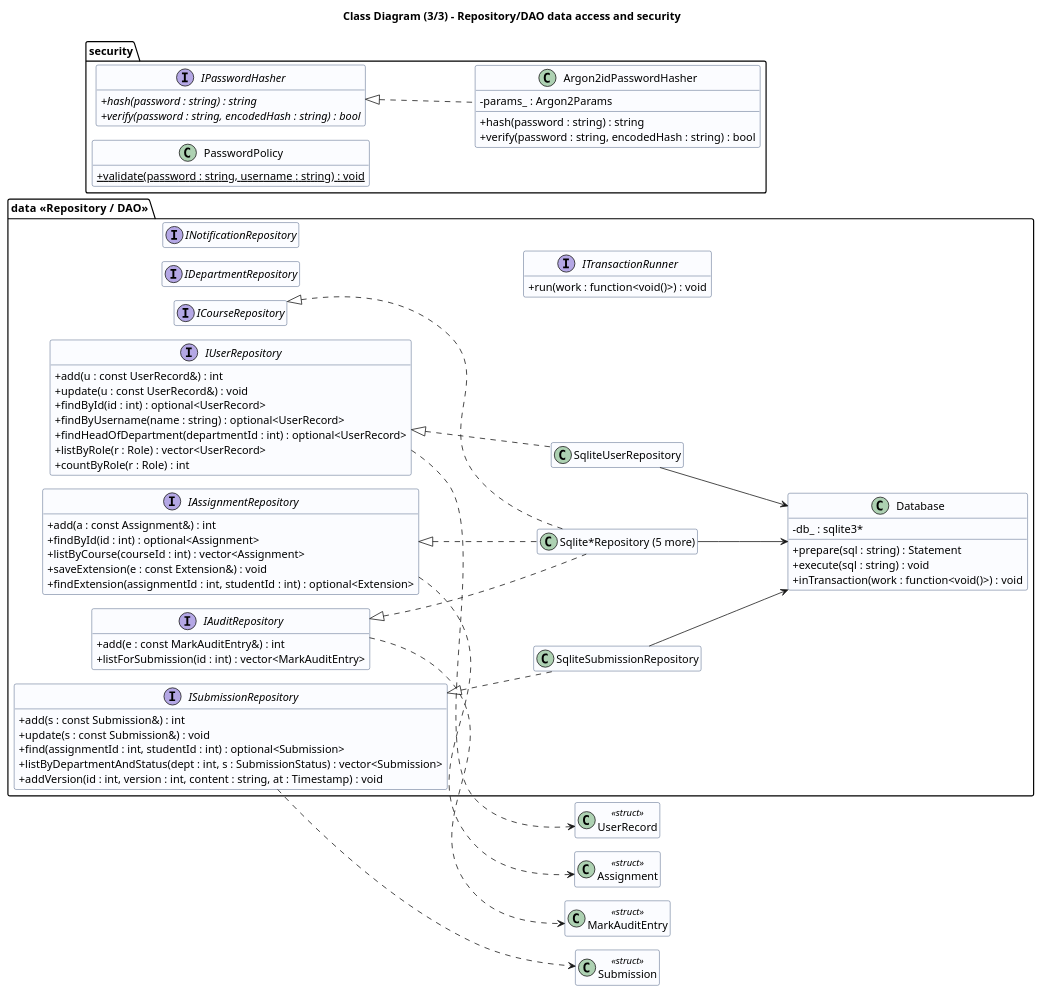
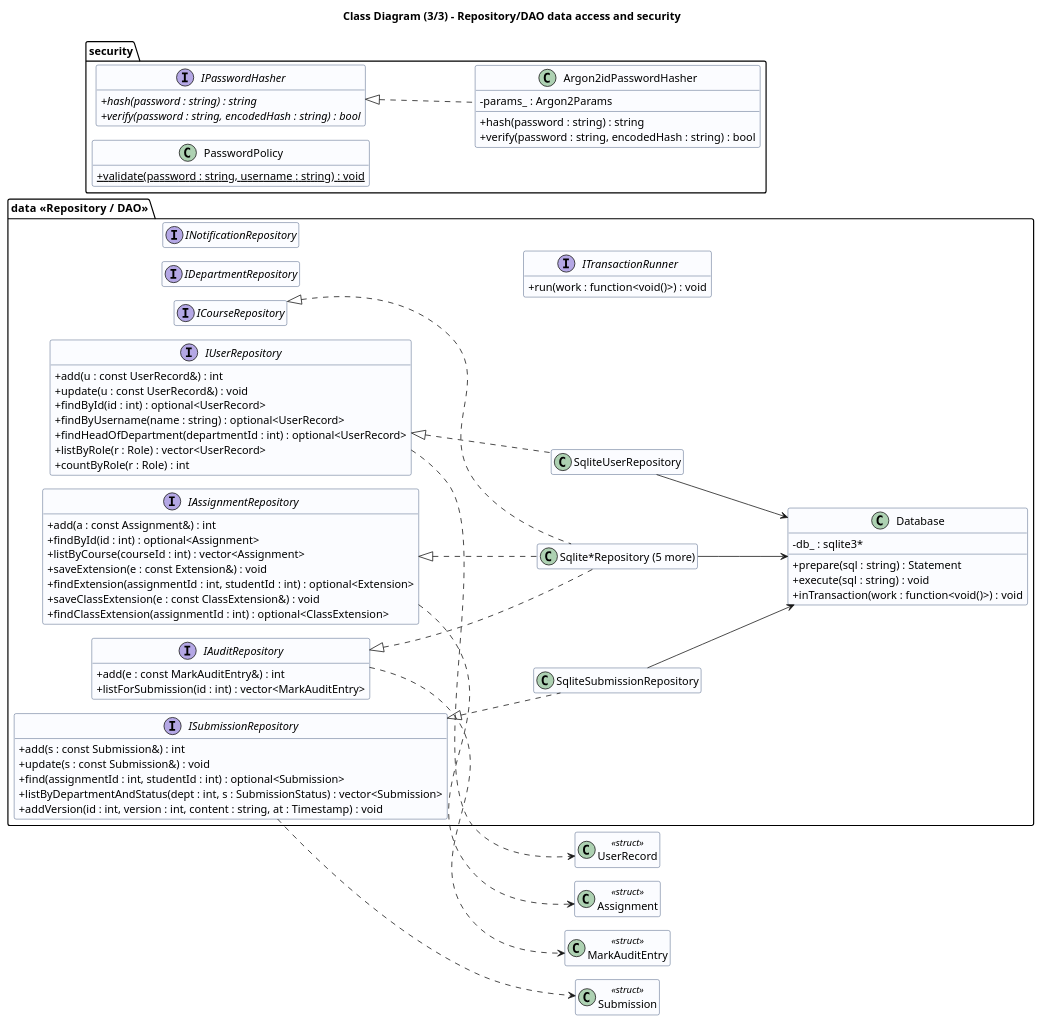
The diagram in docs/diagrams/class-data.puml (victormonyekem02-sudo/Edu-Management-System), drawn with PlantUML before and after one commit. The commit also changed 48 other files, not shown here.

```diff
--- a/docs/diagrams/class-data.puml
+++ b/docs/diagrams/class-data.puml
@@ -1,89 +1,91 @@
 @startuml class-data
 !pragma layout smetana
 title Class Diagram (3/3) - Repository/DAO data access and security
 skinparam classAttributeIconSize 0
 skinparam class {
   BackgroundColor #FBFCFF
   BorderColor #1F3864
 }
 left to right direction
 hide empty members
 
 class UserRecord <<struct>>
 class Submission <<struct>>
 class Assignment <<struct>>
 class MarkAuditEntry <<struct>>
 package "security" {
   interface IPasswordHasher {
     + {abstract} hash(password : string) : string
     + {abstract} verify(password : string, encodedHash : string) : bool
   }
   class Argon2idPasswordHasher {
     - params_ : Argon2Params
     + hash(password : string) : string
     + verify(password : string, encodedHash : string) : bool
   }
   class PasswordPolicy {
     + {static} validate(password : string, username : string) : void
   }
   IPasswordHasher <|.. Argon2idPasswordHasher
 }
 
 package "data  <<Repository / DAO>>" {
   interface IUserRepository {
     + add(u : const UserRecord&) : int
     + update(u : const UserRecord&) : void
     + findById(id : int) : optional<UserRecord>
     + findByUsername(name : string) : optional<UserRecord>
     + findHeadOfDepartment(departmentId : int) : optional<UserRecord>
     + listByRole(r : Role) : vector<UserRecord>
     + countByRole(r : Role) : int
   }
   interface ICourseRepository
   interface IAssignmentRepository {
     + add(a : const Assignment&) : int
     + findById(id : int) : optional<Assignment>
     + listByCourse(courseId : int) : vector<Assignment>
     + saveExtension(e : const Extension&) : void
     + findExtension(assignmentId : int, studentId : int) : optional<Extension>
+    + saveClassExtension(e : const ClassExtension&) : void
+    + findClassExtension(assignmentId : int) : optional<ClassExtension>
   }
   interface ISubmissionRepository {
     + add(s : const Submission&) : int
     + update(s : const Submission&) : void
     + find(assignmentId : int, studentId : int) : optional<Submission>
     + listByDepartmentAndStatus(dept : int, s : SubmissionStatus) : vector<Submission>
     + addVersion(id : int, version : int, content : string, at : Timestamp) : void
   }
   interface IAuditRepository {
     + add(e : const MarkAuditEntry&) : int
     + listForSubmission(id : int) : vector<MarkAuditEntry>
   }
   interface IDepartmentRepository
   interface INotificationRepository
   interface ITransactionRunner {
     + run(work : function<void()>) : void
   }
   class SqliteUserRepository
   class SqliteSubmissionRepository
   class "Sqlite*Repository (5 more)" as SqliteOthers
   class Database {
     - db_ : sqlite3*
     + prepare(sql : string) : Statement
     + execute(sql : string) : void
     + inTransaction(work : function<void()>) : void
   }
   IUserRepository <|.. SqliteUserRepository
   ISubmissionRepository <|.. SqliteSubmissionRepository
   IAssignmentRepository <|.. SqliteOthers
   ICourseRepository <|.. SqliteOthers
   IAuditRepository <|.. SqliteOthers
   SqliteUserRepository --> Database
   SqliteSubmissionRepository --> Database
   SqliteOthers --> Database
 }
 
 IUserRepository ..> UserRecord
 ISubmissionRepository ..> Submission
 IAssignmentRepository ..> Assignment
 IAuditRepository ..> MarkAuditEntry
 @enduml
```
